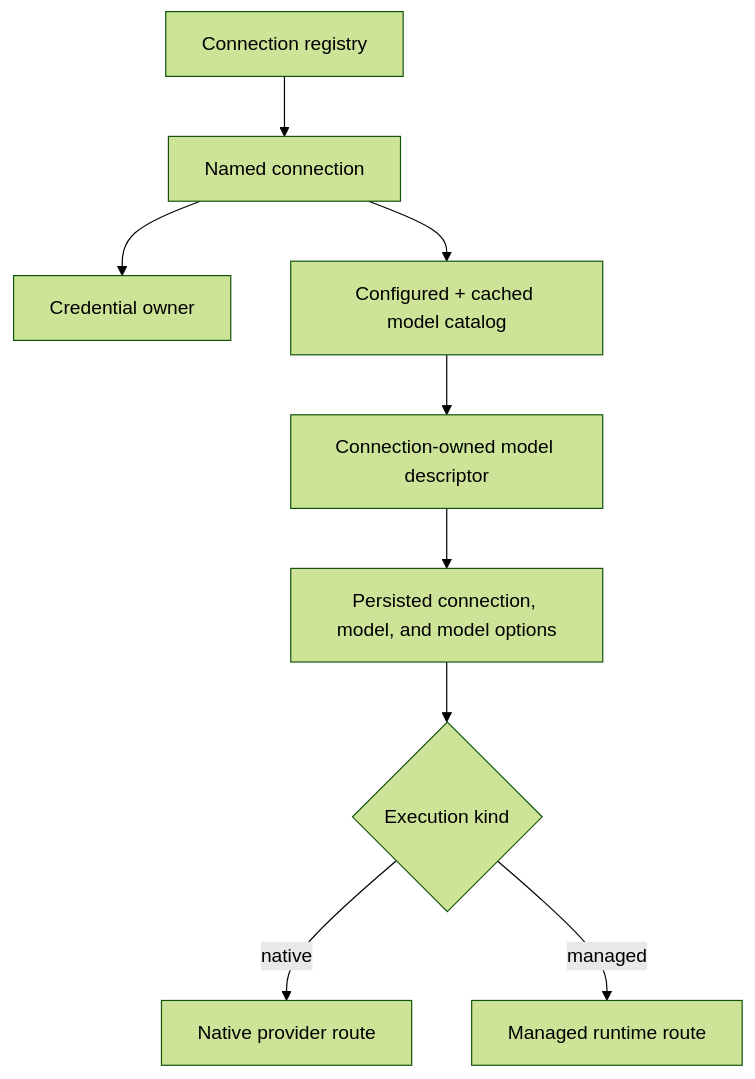
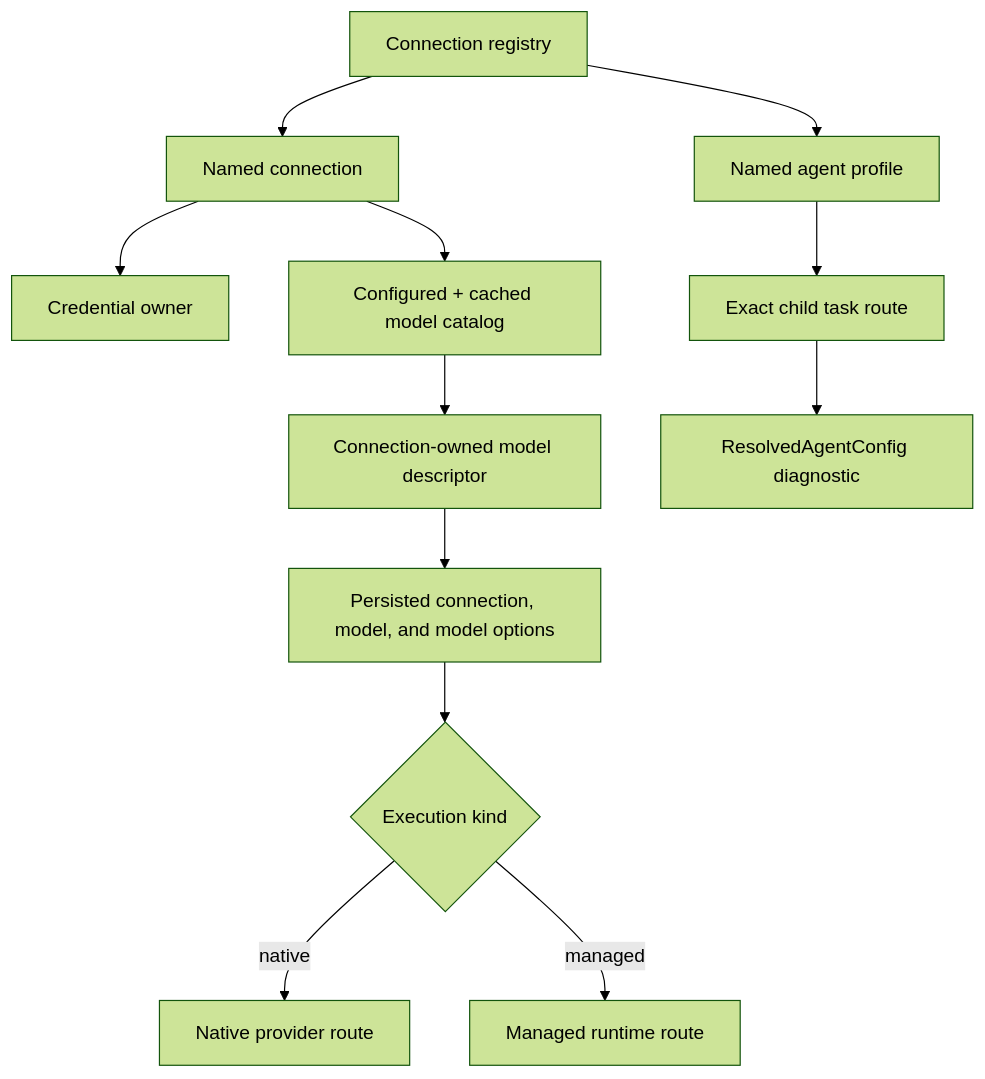
The second of 4 diagrams in docs/architecture/models-and-managed-runtimes.md (labcoder/xana), drawn with Mermaid (forest theme) before and after one commit. The commit also changed other lines of this file and 12 other files, not shown here.

Commit message:
feat(orchestration): add exact child task routes

````diff
--- a/docs/architecture/models-and-managed-runtimes.md
+++ b/docs/architecture/models-and-managed-runtimes.md
@@ -40,11 +49,14 @@
 ```mermaid
 flowchart TD
     REGISTRY["Connection registry"] --> CONNECTION["Named connection"]
     CONNECTION --> OWNER["Credential owner"]
     CONNECTION --> CATALOG["Configured + cached model catalog"]
     CATALOG --> MODEL["Connection-owned model descriptor"]
     MODEL --> SELECTION["Persisted connection, model, and model options"]
     SELECTION --> RESOLVE{"Execution kind"}
     RESOLVE -->|"native"| NATIVE_ROUTE["Native provider route"]
     RESOLVE -->|"managed"| MANAGED_ROUTE["Managed runtime route"]
+    REGISTRY --> PROFILE["Named agent profile"]
+    PROFILE --> TASK_ROUTE["Exact child task route"]
+    TASK_ROUTE --> SNAPSHOT["ResolvedAgentConfig diagnostic"]
 ```
````
